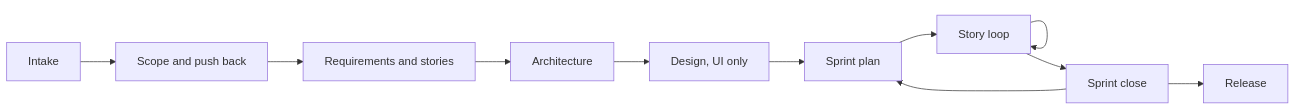
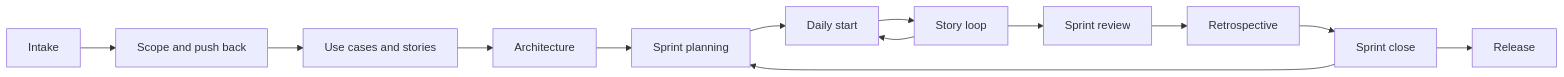
Before and after one commit to SuhaasNv/whole-team: the diagram in README.md, drawn with Mermaid. The commit also changed other lines of this file and 155 other files, not shown here.

````diff
--- a/README.md
+++ b/README.md
@@ -65,8 +148,7 @@
 ```mermaid
 flowchart LR
-  I[Intake] --> S[Scope and push back] --> R[Requirements and stories] --> A[Architecture]
-  A --> D[Design, UI only] --> P[Sprint plan] --> L[Story loop]
-  L --> L
-  L --> C[Sprint close] --> P
+  I[Intake] --> S[Scope and push back] --> U[Use cases and stories] --> A[Architecture]
+  A --> P[Sprint planning] --> D[Daily start] --> L[Story loop] --> D
+  L --> R[Sprint review] --> T[Retrospective] --> C[Sprint close] --> P
   C --> X[Release]
 ```
````
